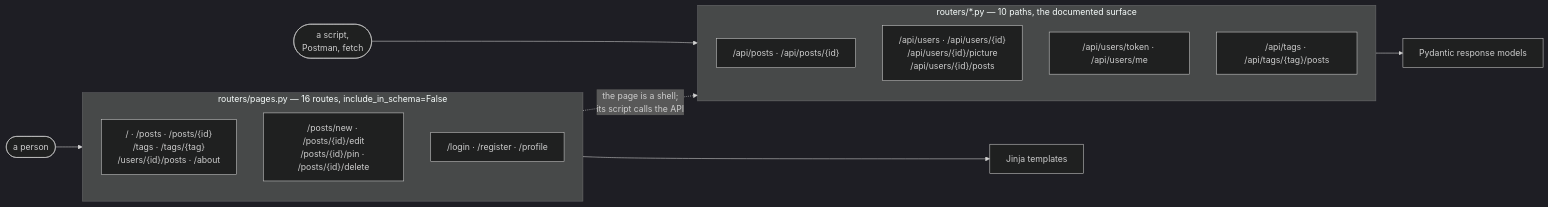
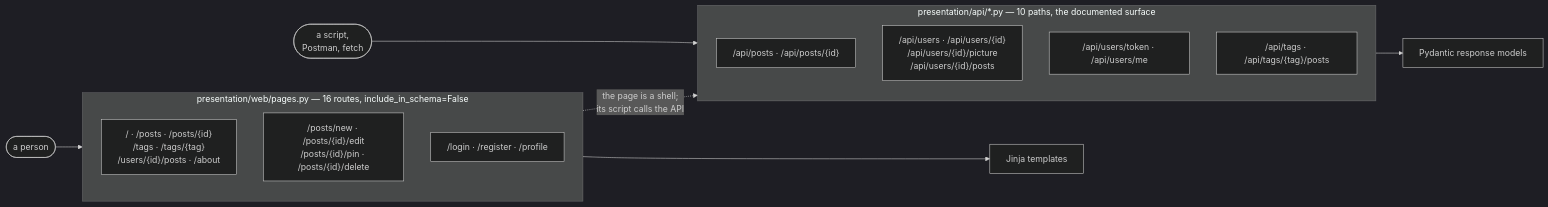
Before and after one commit to OstapchukIryna/fastapi-blog: the second of 4 diagrams in docs/architecture.md, drawn with Mermaid (dark theme). The commit also changed other lines of this file and 44 other files, not shown here.

````diff
--- a/docs/architecture.md
+++ b/docs/architecture.md
@@ -84,23 +115,23 @@
 ```mermaid
 graph LR
     person([a person]) --> pages_r
     script([a script,<br/>Postman, fetch]) --> api_r
 
-    subgraph pages_r["routers/pages.py — 16 routes, include_in_schema=False"]
+    subgraph pages_r["presentation/web/pages.py — 16 routes, include_in_schema=False"]
         direction TB
         p1["/ · /posts · /posts/{id}<br/>/tags · /tags/{tag}<br/>/users/{id}/posts · /about"]
         p2["/posts/new · /posts/{id}/edit<br/>/posts/{id}/pin · /posts/{id}/delete"]
         p3["/login · /register · /profile"]
     end
 
-    subgraph api_r["routers/*.py — 10 paths, the documented surface"]
+    subgraph api_r["presentation/api/*.py — 10 paths, the documented surface"]
         a1["/api/posts · /api/posts/{id}"]
         a2["/api/users · /api/users/{id}<br/>/api/users/{id}/picture<br/>/api/users/{id}/posts"]
         a3["/api/users/token · /api/users/me"]
         a4["/api/tags · /api/tags/{tag}/posts"]
     end
 
     pages_r --> jinja[Jinja templates]
     api_r --> pyd[Pydantic response models]
     p3 -. "the page is a shell;<br/>its script calls the API" .-> api_r
 ```
````
